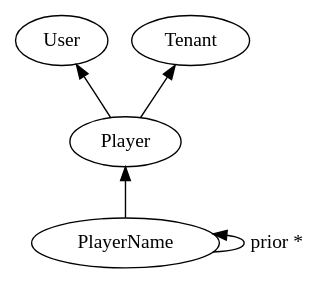
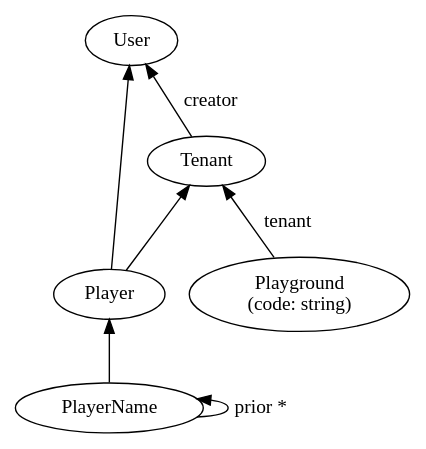
Before and after one commit to michaellperry/gamehub: the diagram in docs/models/playground.dot, drawn with Graphviz. The commit also changed 2 other files, not shown here.

Commit message:
Add Playground model and update tenant authorization rules

```diff
--- a/docs/models/playground.dot
+++ b/docs/models/playground.dot
@@ -1,6 +1,10 @@
 digraph {
     rankdir=BT
+    Tenant -> User [label="creator"]
     Player -> User, Tenant
     PlayerName -> Player
     PlayerName -> PlayerName [label="prior *"]
+
+    Playground -> Tenant [label="tenant"]
+    Playground [label="Playground\n(code: string)"]
 }
```
